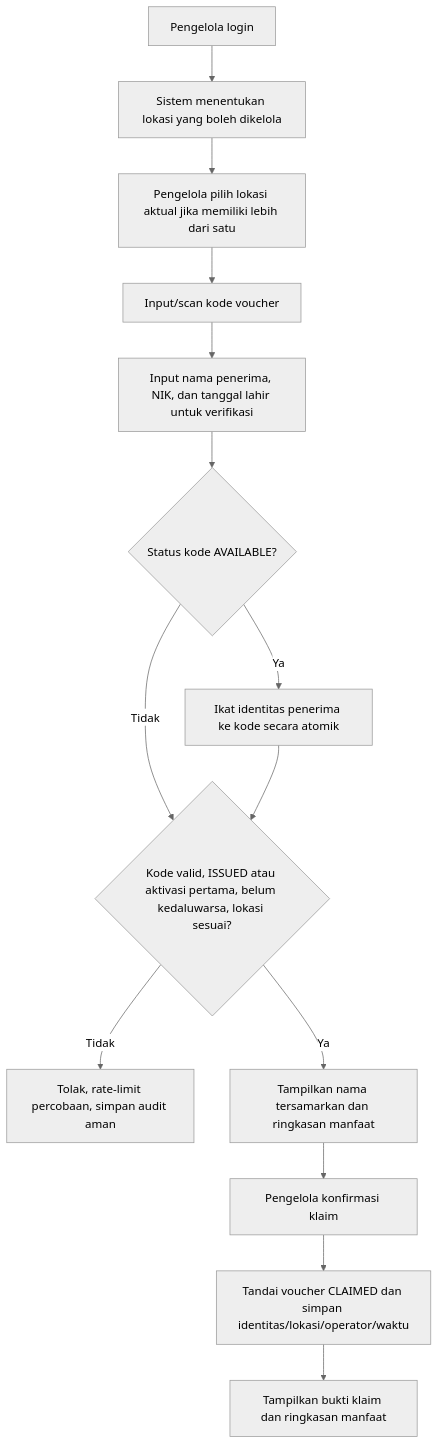
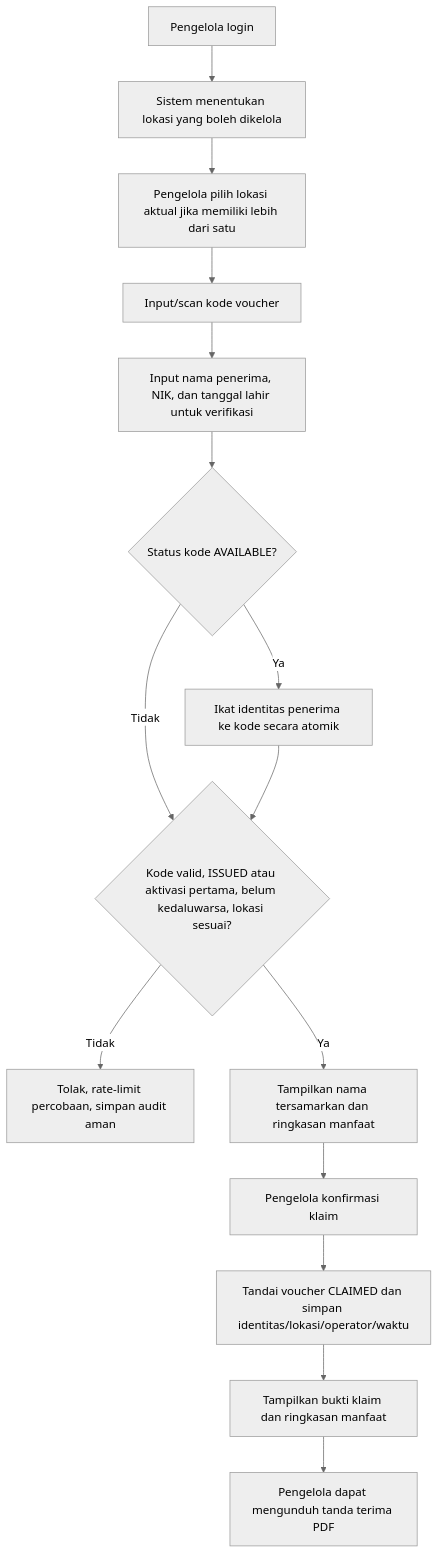
Before and after one commit to TatangSteam/RAHO_APPS: the third of 3 diagrams in docs/REQUIREMENT_FLOW_VOUCHER_PARTNERSHIP.md, drawn with Mermaid (neutral theme). The commit also changed other lines of this file and 7 other files, not shown here.

````diff
--- a/docs/REQUIREMENT_FLOW_VOUCHER_PARTNERSHIP.md
+++ b/docs/REQUIREMENT_FLOW_VOUCHER_PARTNERSHIP.md
@@ -209,16 +210,17 @@
 ```mermaid
 flowchart TD
     A[Pengelola login] --> B[Sistem menentukan lokasi yang boleh dikelola]
     B --> C[Pengelola pilih lokasi aktual jika memiliki lebih dari satu]
     C --> D[Input/scan kode voucher]
     D --> E[Input nama penerima, NIK, dan tanggal lahir untuk verifikasi]
     E --> E1{Status kode AVAILABLE?}
     E1 -- Ya --> E2[Ikat identitas penerima ke kode secara atomik]
     E1 -- Tidak --> F
     E2 --> F{Kode valid, ISSUED atau aktivasi pertama, belum kedaluwarsa, lokasi sesuai?}
     F -- Tidak --> G[Tolak, rate-limit percobaan, simpan audit aman]
     F -- Ya --> H[Tampilkan nama tersamarkan dan ringkasan manfaat]
     H --> I[Pengelola konfirmasi klaim]
     I --> J[Tandai voucher CLAIMED dan simpan identitas/lokasi/operator/waktu]
     J --> K[Tampilkan bukti klaim dan ringkasan manfaat]
+    K --> L[Pengelola dapat mengunduh tanda terima PDF]
 ```
````
